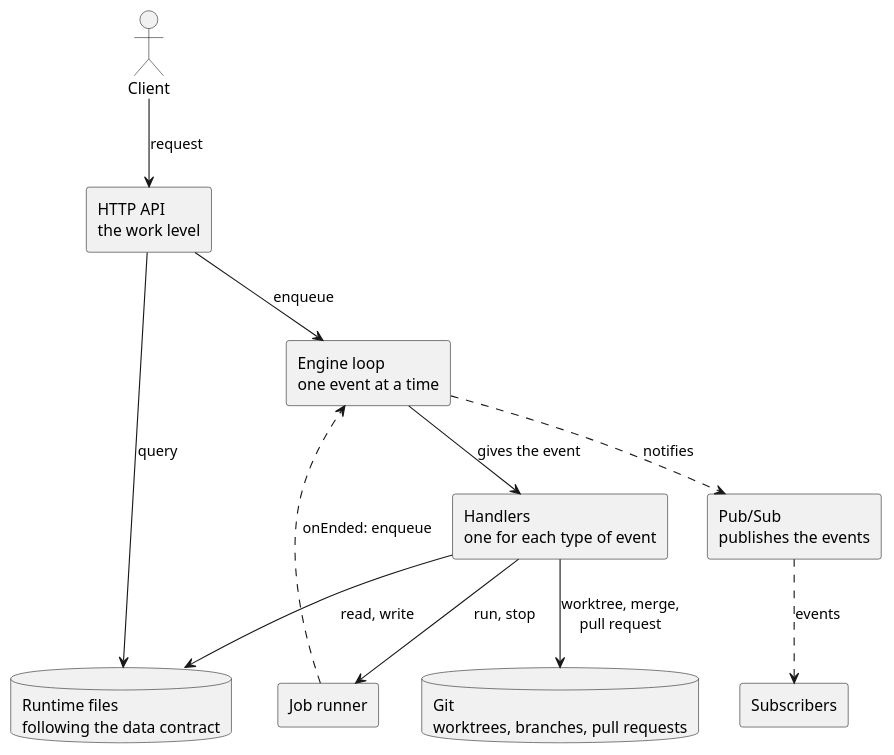
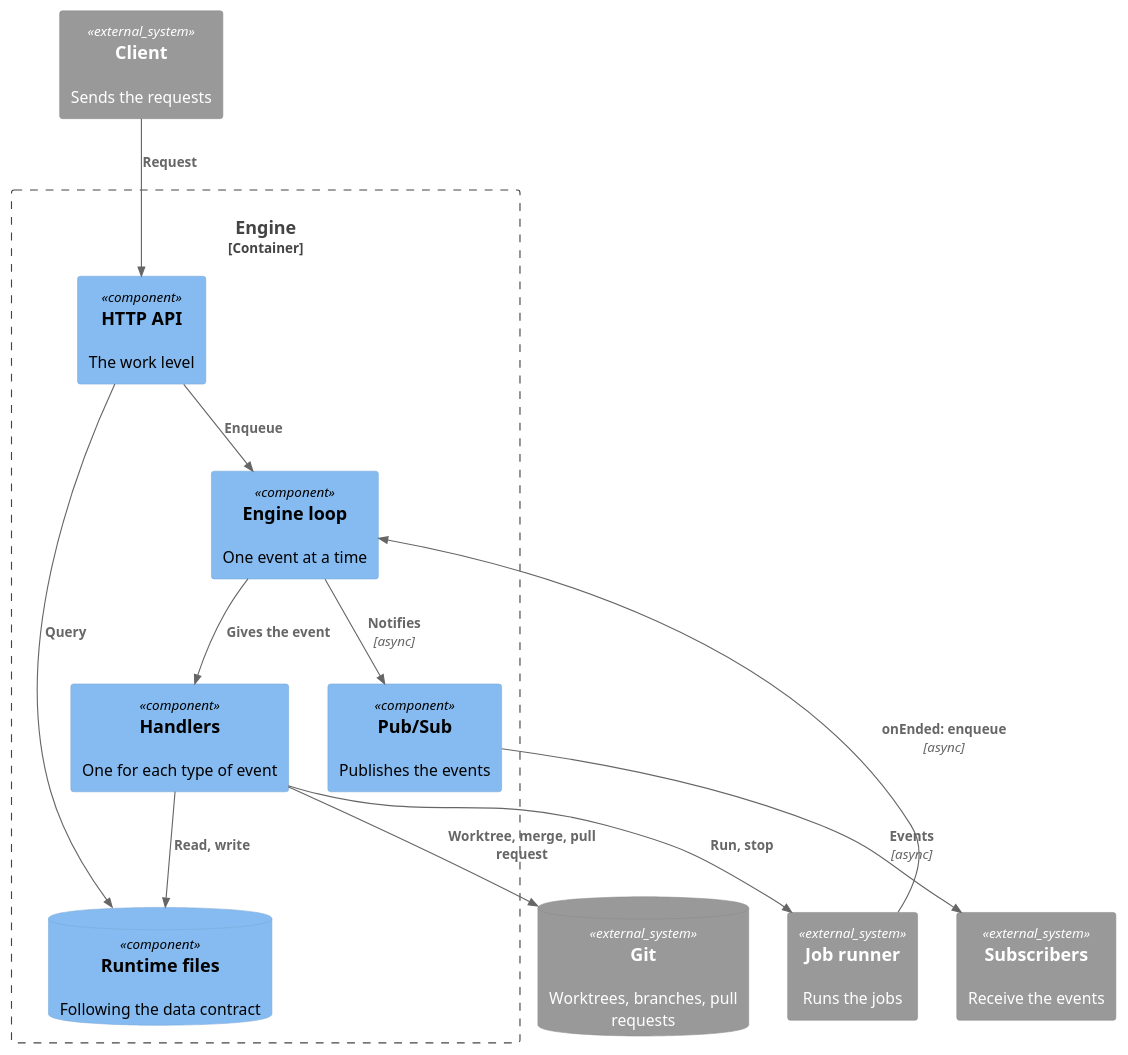
Before and after one commit to longlh/superteam: the diagram in docs/05_building-blocks/engine/engine.md, drawn with PlantUML. The commit also changed 5 other files, not shown here.

First line of the commit message:
Use the C4-PlantUML library for the context, container and component diagrams

````diff
--- a/docs/05_building-blocks/engine/engine.md
+++ b/docs/05_building-blocks/engine/engine.md
@@ -43,25 +43,29 @@
 ```plantuml
 @startuml
-actor Client as client
-rectangle "Subscribers" as subscribers
-rectangle "Job runner" as runner
+!include <C4/C4_Component>
 
-rectangle "HTTP API\nthe work level" as api
-rectangle "Engine loop\none event at a time" as loop
-rectangle "Handlers\none for each type of event" as handlers
-rectangle "Pub/Sub\npublishes the events" as pubsub
-database "Runtime files\nfollowing the data contract" as runtime
-database "Git\nworktrees, branches, pull requests" as git
+System_Ext(client, "Client", "Sends the requests")
+System_Ext(subscribers, "Subscribers", "Receive the events")
+System_Ext(runner, "Job runner", "Runs the jobs")
+SystemDb_Ext(git, "Git", "Worktrees, branches, pull requests")
 
-client --> api : request
-api --> loop : enqueue
-api --> runtime : query
-loop --> handlers : gives the event
-loop ..> pubsub : notifies
-pubsub ..> subscribers : events
-handlers --> runtime : read, write
-handlers --> git : worktree, merge,\npull request
-handlers --> runner : run, stop
-runner ..> loop : onEnded: enqueue
+Container_Boundary(engine, "Engine") {
+  Component(api, "HTTP API", "", "The work level")
+  Component(loop, "Engine loop", "", "One event at a time")
+  Component(handlers, "Handlers", "", "One for each type of event")
+  Component(pubsub, "Pub/Sub", "", "Publishes the events")
+  ComponentDb(runtime, "Runtime files", "", "Following the data contract")
+}
+
+Rel(client, api, "Request")
+Rel(api, loop, "Enqueue")
+Rel(api, runtime, "Query")
+Rel(loop, handlers, "Gives the event")
+Rel(loop, pubsub, "Notifies", "async")
+Rel(pubsub, subscribers, "Events", "async")
+Rel(handlers, runtime, "Read, write")
+Rel(handlers, git, "Worktree, merge, pull request")
+Rel(handlers, runner, "Run, stop")
+Rel(runner, loop, "onEnded: enqueue", "async")
 @enduml
 ```
````
